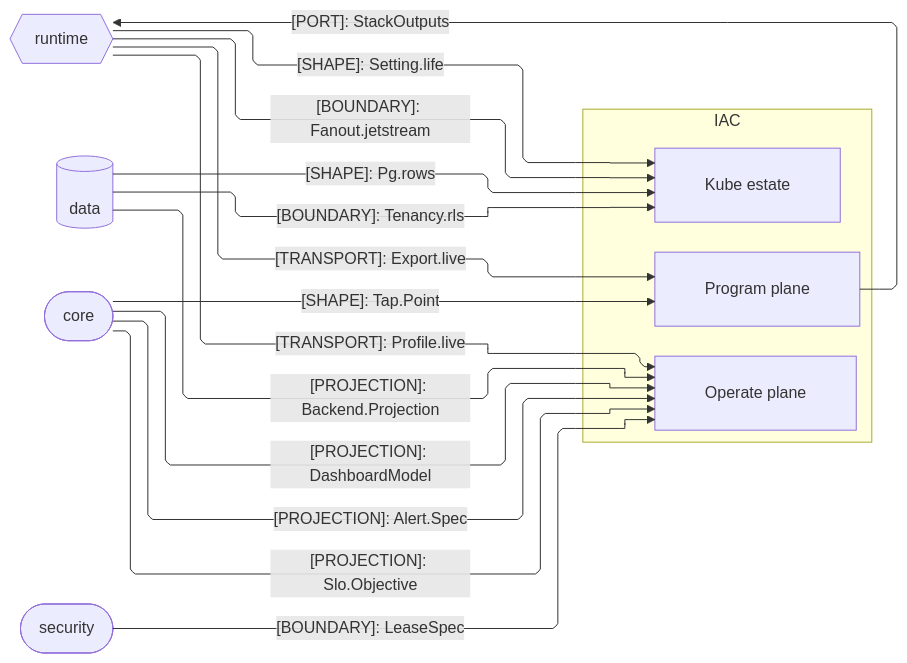
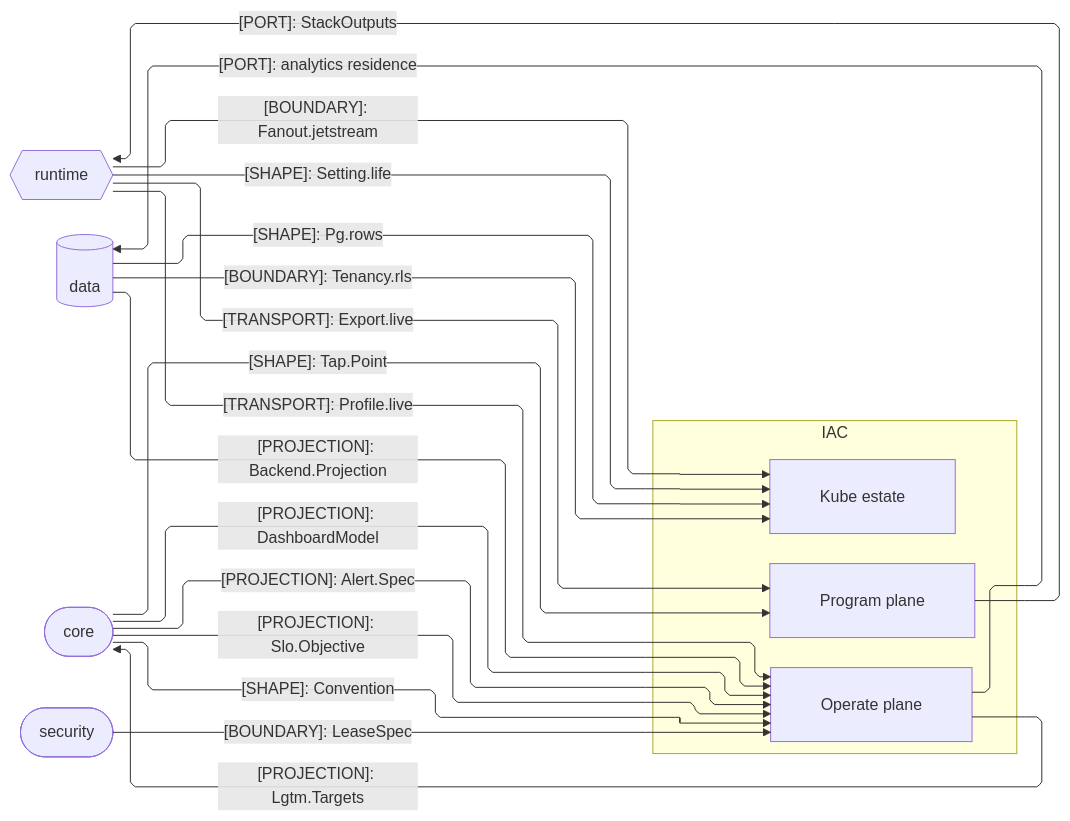
One commit to bsamiee/Rasm changed the second of 2 diagrams in libs/typescript/iac/ARCHITECTURE.md. Above: the diagram before and after it, drawn with Mermaid. The commit also changed other lines of this file and 189 other files, not shown here.

````diff
--- a/libs/typescript/iac/ARCHITECTURE.md
+++ b/libs/typescript/iac/ARCHITECTURE.md
@@ -78,34 +78,37 @@
 ```mermaid
 ---
 config:
   layout: elk
   flowchart:
     curve: linear
     padding: 25
 ---
 flowchart LR
     accTitle: IaC package seam registry
     accDescr: IaC owners exchanging stack outputs, data-plane shapes, board packs, and lease custody with runtime, data, core, and security.
     subgraph iac[IAC]
         Program[Program plane]
         Operate[Operate plane]
         Kube[Kube estate]
     end
     Runtime{{runtime}}
     Data[(data)]
     Core([core])
     Security([security])
     Program e1@-->|"[PORT]: StackOutputs"| Runtime
     Data e2@-->|"[SHAPE]: Pg.rows"| Kube
     Data e3@-->|"[BOUNDARY]: Tenancy.rls"| Kube
     Data e14@-->|"[PROJECTION]: Backend.Projection"| Operate
     Runtime e4@-->|"[BOUNDARY]: Fanout.jetstream"| Kube
     Runtime e5@-->|"[SHAPE]: Setting.life"| Kube
     Core e7@-->|"[PROJECTION]: DashboardModel"| Operate
     Core e8@-->|"[PROJECTION]: Alert.Spec"| Operate
     Core e9@-->|"[PROJECTION]: Slo.Objective"| Operate
+    Core e15@-->|"[SHAPE]: Convention"| Operate
+    Operate e16@-->|"[PORT]: analytics residence"| Data
+    Operate e17@-->|"[PROJECTION]: Lgtm.Targets"| Core
     Runtime e10@-->|"[TRANSPORT]: Export.live"| Program
     Runtime e11@-->|"[TRANSPORT]: Profile.live"| Operate
     Core e12@-->|"[SHAPE]: Tap.Point"| Program
     Security e13@-->|"[BOUNDARY]: LeaseSpec"| Operate
 ```
````
